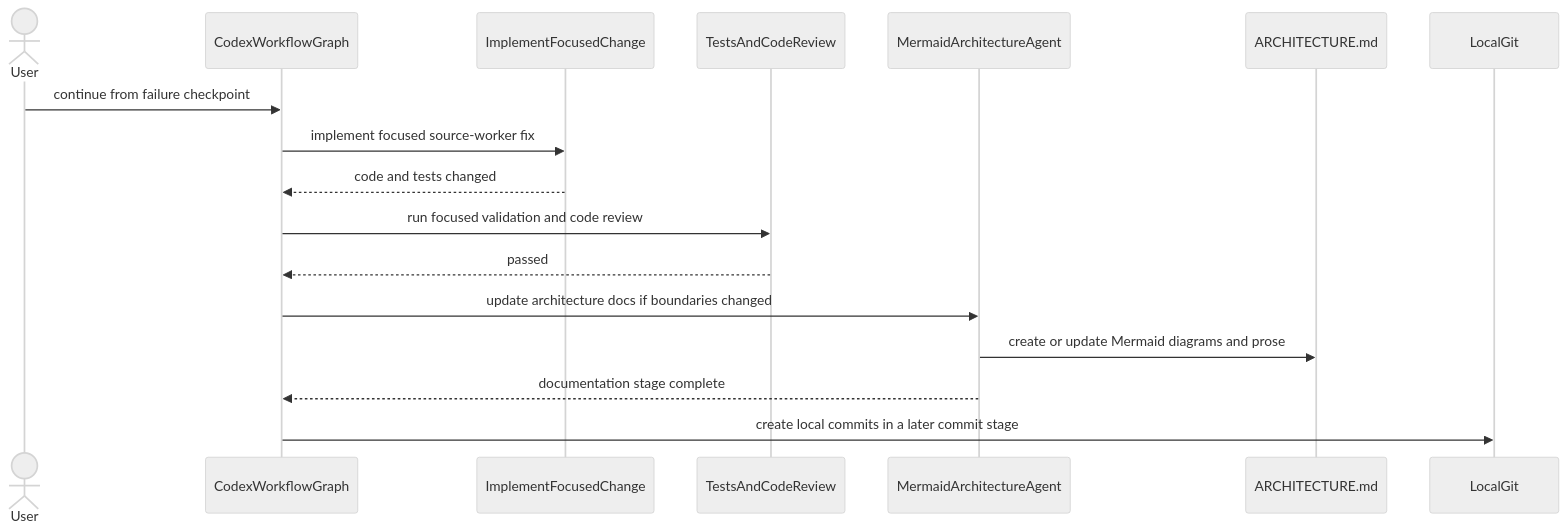
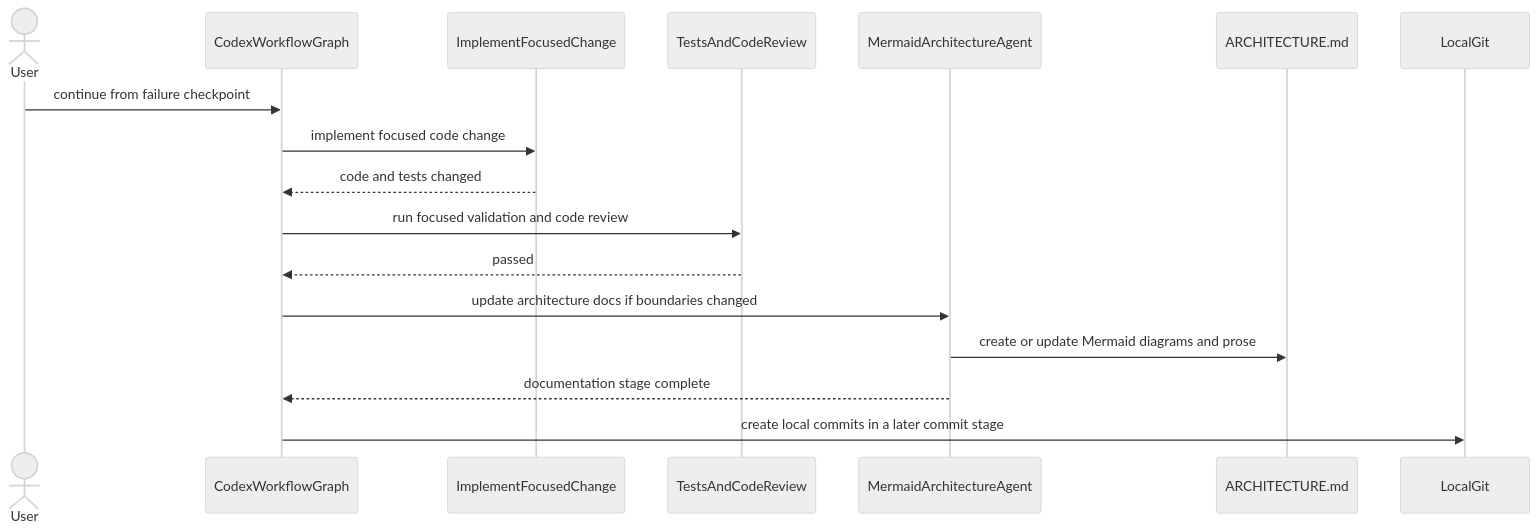
Before and after one commit to KilianTrunk/dkg: the seventh of 7 diagrams in ARCHITECTURE.md, drawn with Mermaid (neutral theme). The commit also changed other lines of this file and 2 other files, not shown here.

Commit message:
implement focused change

````diff
--- a/ARCHITECTURE.md
+++ b/ARCHITECTURE.md
@@ -476,20 +561,20 @@
 ```mermaid
 sequenceDiagram
 actor User
 participant Workflow as CodexWorkflowGraph
 participant Implementer as ImplementFocusedChange
 participant Validation as TestsAndCodeReview
 participant DocsAgent as MermaidArchitectureAgent
 participant Architecture as ARCHITECTURE.md
 participant Git as LocalGit
 
 User->>Workflow: continue from failure checkpoint
-Workflow->>Implementer: implement focused source-worker fix
+Workflow->>Implementer: implement focused code change
 Implementer-->>Workflow: code and tests changed
 Workflow->>Validation: run focused validation and code review
 Validation-->>Workflow: passed
 Workflow->>DocsAgent: update architecture docs if boundaries changed
 DocsAgent->>Architecture: create or update Mermaid diagrams and prose
 DocsAgent-->>Workflow: documentation stage complete
 Workflow->>Git: create local commits in a later commit stage
 ```
````
